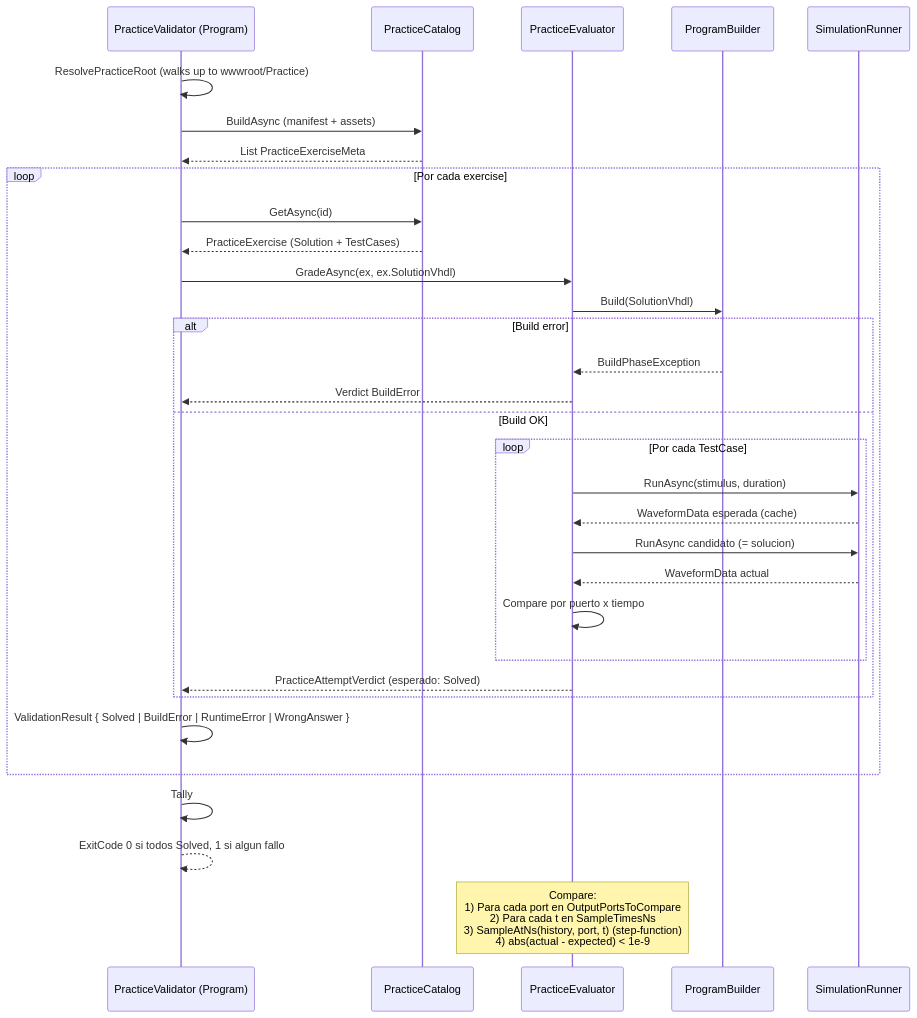
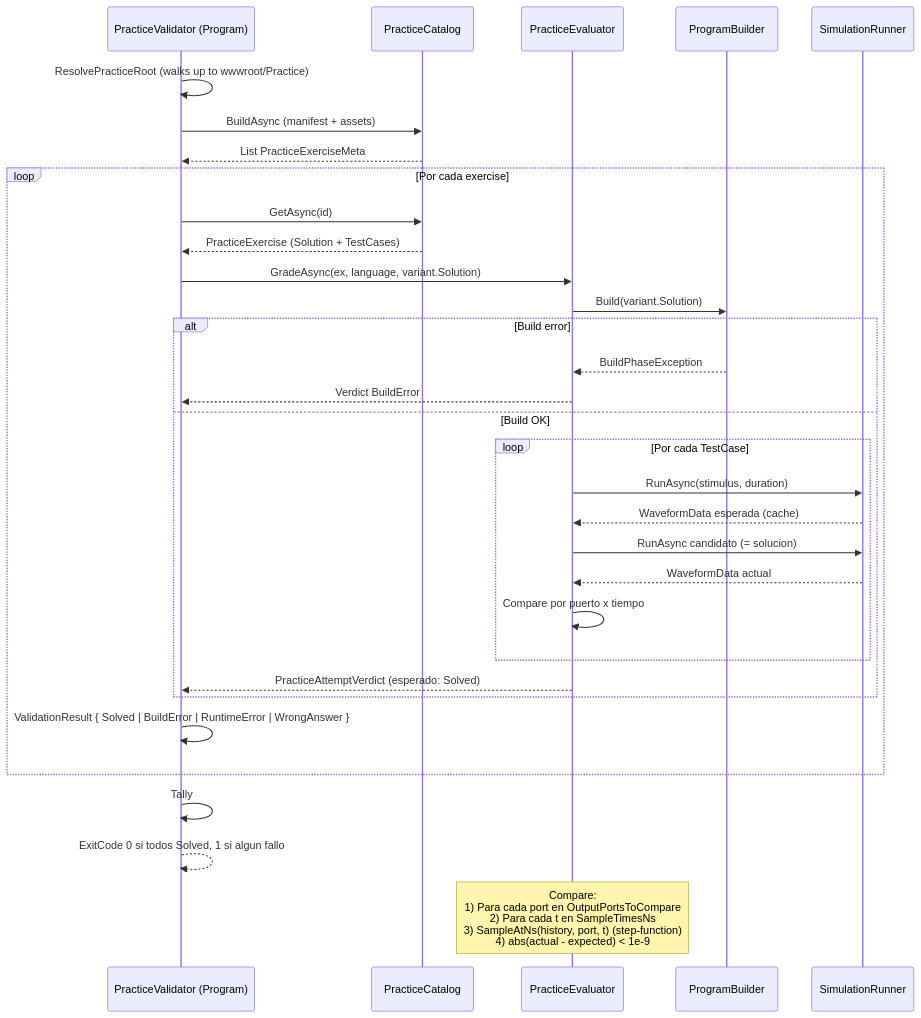
One commit to Kmila9s/PracticeValidator changed the third of 3 diagrams in README.md. Above: the diagram before and after it, drawn with Mermaid. The commit also changed other lines of this file and 1 other file, not shown here.

First line of the commit message:
Validate every HDL language variant of each exercise (missing variant = failure), solutions and starters

````diff
--- a/README.md
+++ b/README.md
@@ -166,36 +167,36 @@
 ```mermaid
 sequenceDiagram
     participant CLI as PracticeValidator (Program)
     participant Cat as PracticeCatalog
     participant Eval as PracticeEvaluator
     participant PB as ProgramBuilder
     participant SR as SimulationRunner
 
     CLI->>CLI: ResolvePracticeRoot (walks up to wwwroot/Practice)
     CLI->>Cat: BuildAsync (manifest + assets)
     Cat-->>CLI: List PracticeExerciseMeta
     loop Por cada exercise
         CLI->>Cat: GetAsync(id)
         Cat-->>CLI: PracticeExercise (Solution + TestCases)
-        CLI->>Eval: GradeAsync(ex, ex.SolutionVhdl)
-        Eval->>PB: Build(SolutionVhdl)
+        CLI->>Eval: GradeAsync(ex, language, variant.Solution)
+        Eval->>PB: Build(variant.Solution)
         alt Build error
             PB-->>Eval: BuildPhaseException
             Eval-->>CLI: Verdict BuildError
         else Build OK
             loop Por cada TestCase
                 Eval->>SR: RunAsync(stimulus, duration)
                 SR-->>Eval: WaveformData esperada (cache)
                 Eval->>SR: RunAsync candidato (= solucion)
                 SR-->>Eval: WaveformData actual
                 Eval->>Eval: Compare por puerto x tiempo
             end
             Eval-->>CLI: PracticeAttemptVerdict (esperado: Solved)
         end
         CLI->>CLI: ValidationResult { Solved | BuildError | RuntimeError | WrongAnswer }
     end
     CLI->>CLI: Tally
     CLI-->>CLI: ExitCode 0 si todos Solved, 1 si algun fallo
 
     note over Eval: Compare:<br/>1) Para cada port en OutputPortsToCompare<br/>2) Para cada t en SampleTimesNs<br/>3) SampleAtNs(history, port, t) (step-function)<br/>4) abs(actual - expected) < 1e-9
 ```
````
